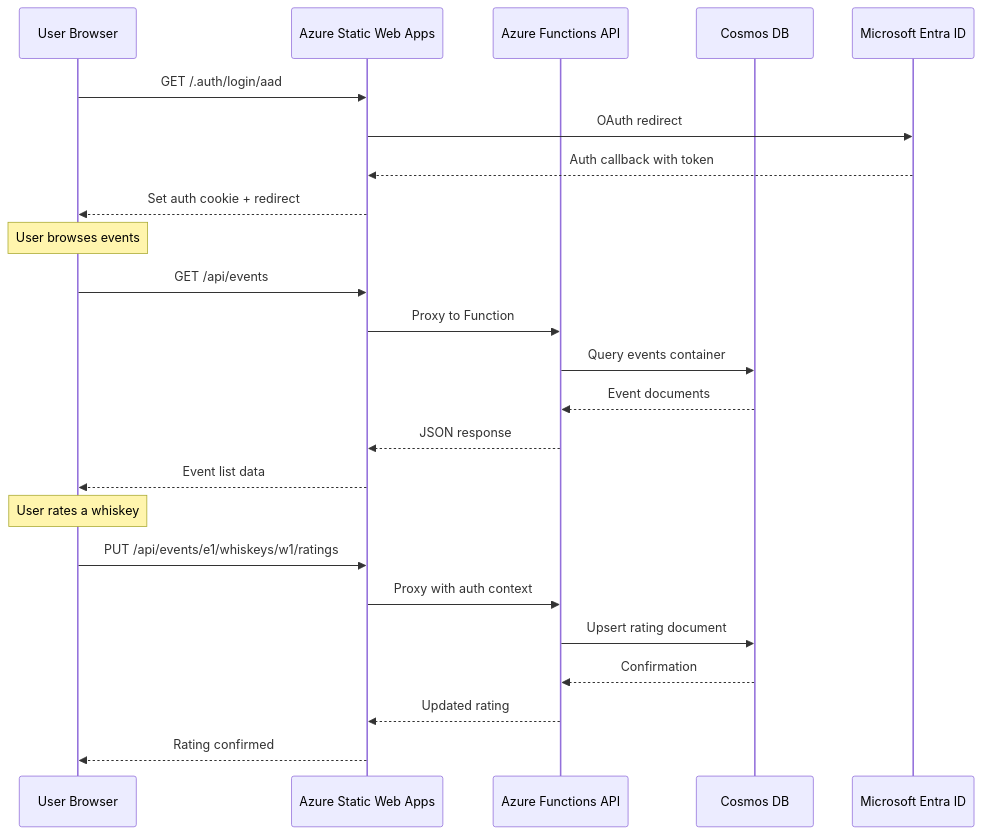
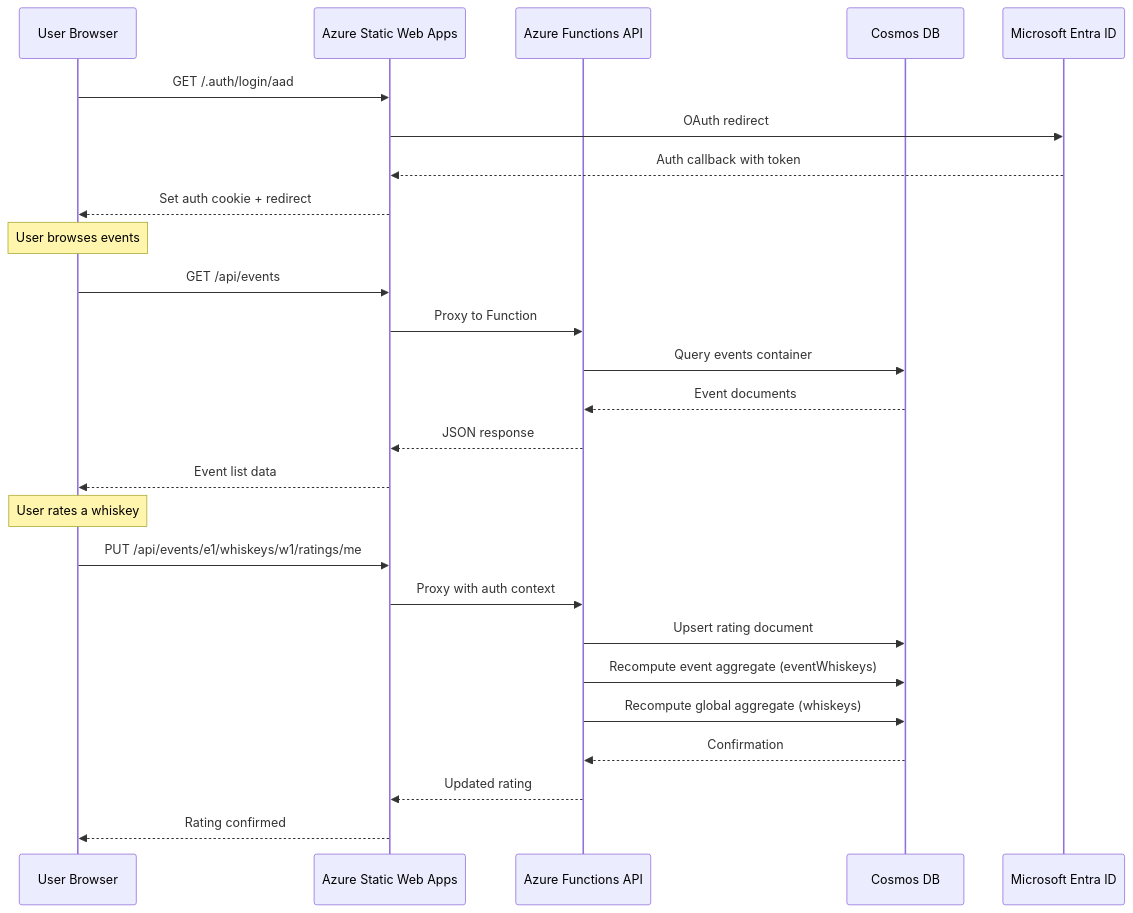
The first of 5 diagrams in docs/architecture.md (Vilvu/viski-ilta), drawn with Mermaid before and after one commit. The commit also changed other lines of this file and 18 other files, not shown here.

````diff
--- a/docs/architecture.md
+++ b/docs/architecture.md
@@ -47,29 +48,31 @@
 ```mermaid
 sequenceDiagram
     participant U as User Browser
     participant SWA as Azure Static Web Apps
     participant AF as Azure Functions API
     participant DB as Cosmos DB
     participant A as Microsoft Entra ID
 
     U->>SWA: GET /.auth/login/aad
     SWA->>A: OAuth redirect
     A-->>SWA: Auth callback with token
     SWA-->>U: Set auth cookie + redirect
 
     Note over U: User browses events
     U->>SWA: GET /api/events
     SWA->>AF: Proxy to Function
     AF->>DB: Query events container
     DB-->>AF: Event documents
     AF-->>SWA: JSON response
     SWA-->>U: Event list data
 
     Note over U: User rates a whiskey
-    U->>SWA: PUT /api/events/e1/whiskeys/w1/ratings
+    U->>SWA: PUT /api/events/e1/whiskeys/w1/ratings/me
     SWA->>AF: Proxy with auth context
     AF->>DB: Upsert rating document
+    AF->>DB: Recompute event aggregate (eventWhiskeys)
+    AF->>DB: Recompute global aggregate (whiskeys)
     DB-->>AF: Confirmation
     AF-->>SWA: Updated rating
     SWA-->>U: Rating confirmed
 ```
````
